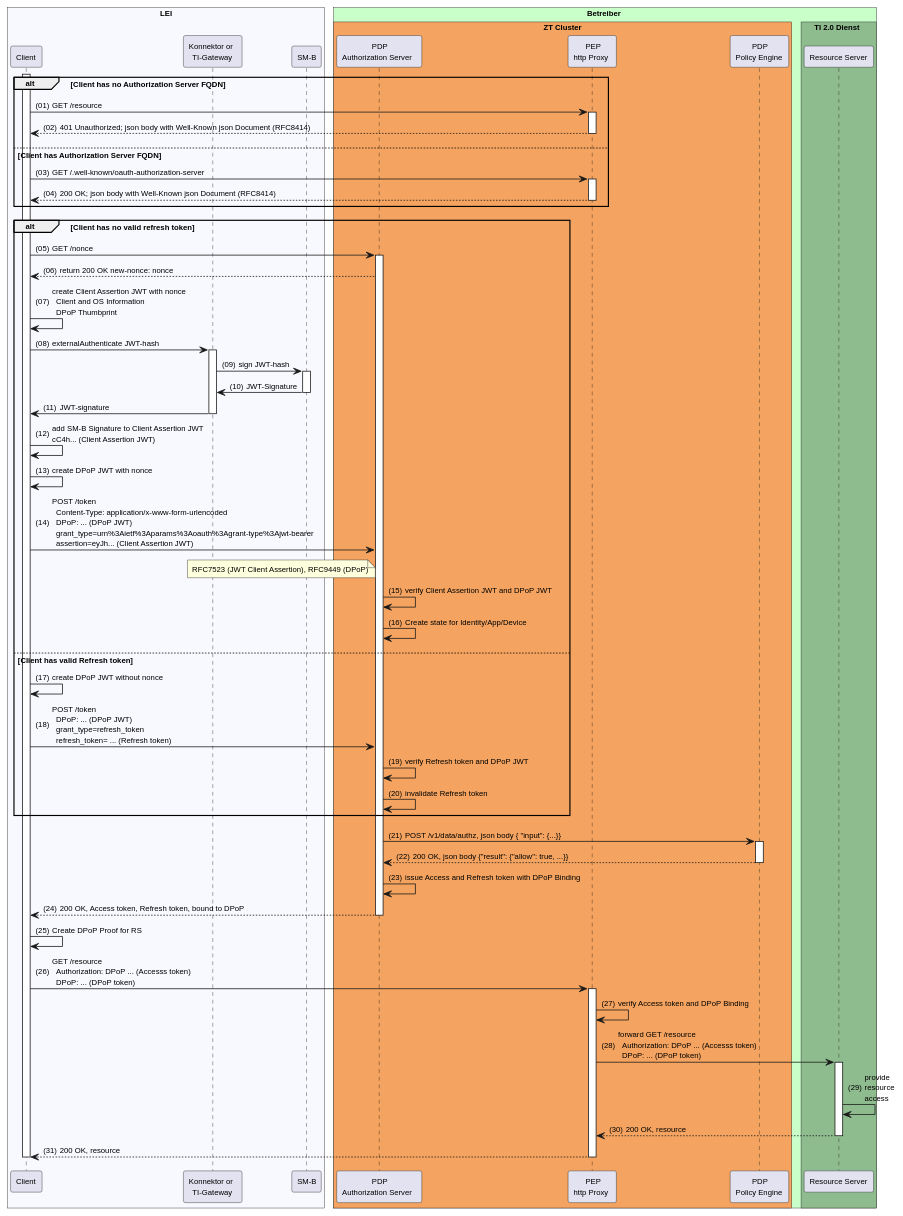
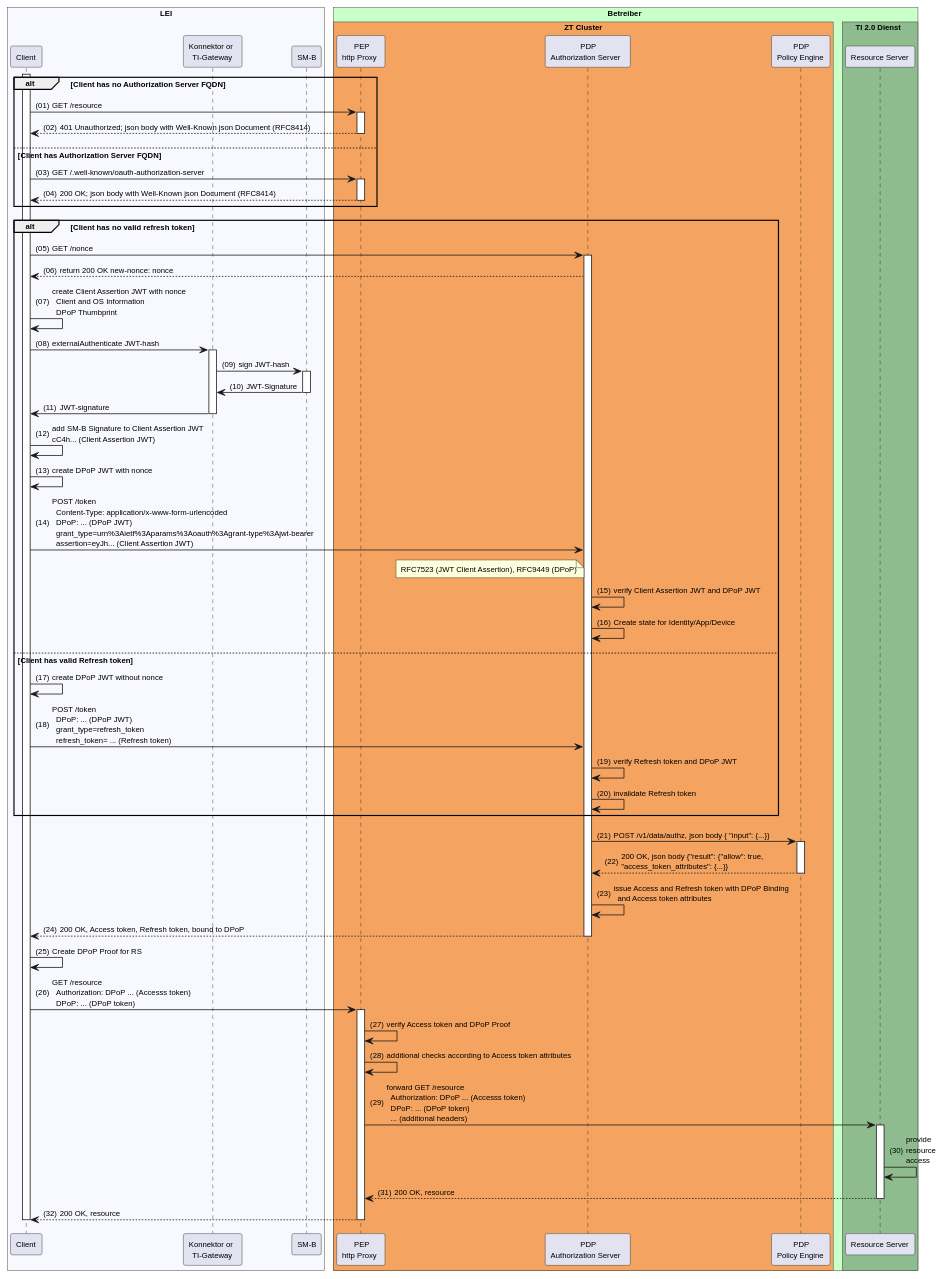
The diagram in src/plantuml/sm-b-auth.puml (gematik/spec-t20r), drawn with PlantUML before and after one commit.

```diff
--- a/src/plantuml/sm-b-auth.puml
+++ b/src/plantuml/sm-b-auth.puml
@@ -1,107 +1,109 @@
 @startuml "SM-B_Auth_with_DPoP"
 autonumber "(00)"
 skinparam defaultFontSize 10
 skinparam defaultFontName Helvetica
 skinparam DefaultMonospacedFontName Courier
 skinparam lengthAdjust none
 
 !pragma teoz true
 
 box "LEI" #GhostWhite
   participant Client
   participant Konnektor as "Konnektor or\nTI-Gateway"
   participant SMB as "SM-B"
 end box
 
 box "Betreiber" #TECHNOLOGY
   box "ZT Cluster" #SandyBrown
+    participant HP as "PEP\nhttp Proxy"
     participant AS as "PDP\nAuthorization Server" 
-    participant HP as "PEP\nhttp Proxy"
-    participant PDP as "PDP\nPolicy Engine"
+    participant PE as "PDP\nPolicy Engine"
   endbox
    box TI 2.0 Dienst #DarkSeaGreen
     participant RS as "Resource Server"
   endbox
 end box
 
 activate Client
 alt Client has no Authorization Server FQDN
   Client -> HP: GET /resource
   activate HP
   HP --> Client: 401 Unauthorized; json body with Well-Known json Document (RFC8414)
   deactivate HP
 else Client has Authorization Server FQDN
   Client -> HP: GET /.well-known/oauth-authorization-server 
   activate HP
   HP --> Client: 200 OK; json body with Well-Known json Document (RFC8414)
   deactivate HP
 end
 
 
 alt Client has no valid refresh token
 Client -> AS: GET /nonce
 activate AS
 AS --> Client: return 200 OK new-nonce: nonce
 Client -> Client: create Client Assertion JWT with nonce\n  Client and OS Information\n  DPoP Thumbprint
 Client -> Konnektor: externalAuthenticate JWT-hash
 activate Konnektor
 Konnektor -> SMB: sign JWT-hash
 activate SMB
 SMB -> Konnektor: JWT-Signature
 deactivate SMB
 Konnektor -> Client: JWT-signature
 deactivate Konnektor
 
 Client -> Client: add SM-B Signature to Client Assertion JWT\n\
 cC4h... (Client Assertion JWT)
 Client -> Client: create DPoP JWT with nonce
 Client -> AS: POST /token\n\
   Content-Type: application/x-www-form-urlencoded\n\
   DPoP: ... (DPoP JWT)\n\
   grant_type=urn%3Aietf%3Aparams%3Aoauth%3Agrant-type%3Ajwt-bearer\n\
   assertion=eyJh... (Client Assertion JWT)
 note left of AS
   RFC7523 (JWT Client Assertion), RFC9449 (DPoP)
 end note
 AS -> AS: verify Client Assertion JWT and DPoP JWT
 AS -> AS: Create state for Identity/App/Device
 
 else Client has valid Refresh token
 Client -> Client: create DPoP JWT without nonce
 Client -> AS: POST /token\n\
   DPoP: ... (DPoP JWT)\n\
   grant_type=refresh_token\n\
   refresh_token= ... (Refresh token)
 AS -> AS: verify Refresh token and DPoP JWT
 AS -> AS: invalidate Refresh token
 end
 
-AS -> PDP: POST /v1/data/authz, json body {  "input": {...}} 
-activate PDP
-PDP --> AS: 200 OK, json body {"result": {"allow": true, ...}}
-deactivate PDP
-AS -> AS: issue Access and Refresh token with DPoP Binding
+AS -> PE: POST /v1/data/authz, json body {  "input": {...}} 
+activate PE
+PE --> AS: 200 OK, json body {"result": {"allow": true,\n\
+"access_token_attributes": {...}}
+deactivate PE
+AS -> AS: issue Access and Refresh token with DPoP Binding\n\
+  and Access token attributes
 AS --> Client: 200 OK, Access token, Refresh token, bound to DPoP
 deactivate AS
 
 Client -> Client: Create DPoP Proof for RS
 Client -> HP: GET /resource\n\
   Authorization: DPoP ... (Accesss token)\n\
   DPoP: ... (DPoP token)
 activate HP
-HP -> HP: verify Access token and DPoP Binding
+HP -> HP: verify Access token and DPoP Proof
+HP -> HP: additional checks according to Access token attributes
 HP -> RS: forward GET /resource\n\
   Authorization: DPoP ... (Accesss token)\n\
-  DPoP: ... (DPoP token)
+  DPoP: ... (DPoP token)\n\
+  ... (additional headers)
 activate RS
-RS -> RS: provide\n\
-resource\n\
-access
+RS -> RS: provide\nresource\naccess
 RS --> HP: 200 OK, resource
 deactivate RS
 HP --> Client: 200 OK, resource
 deactivate HP
 deactivate RS
 deactivate Client
 
 @enduml
```
